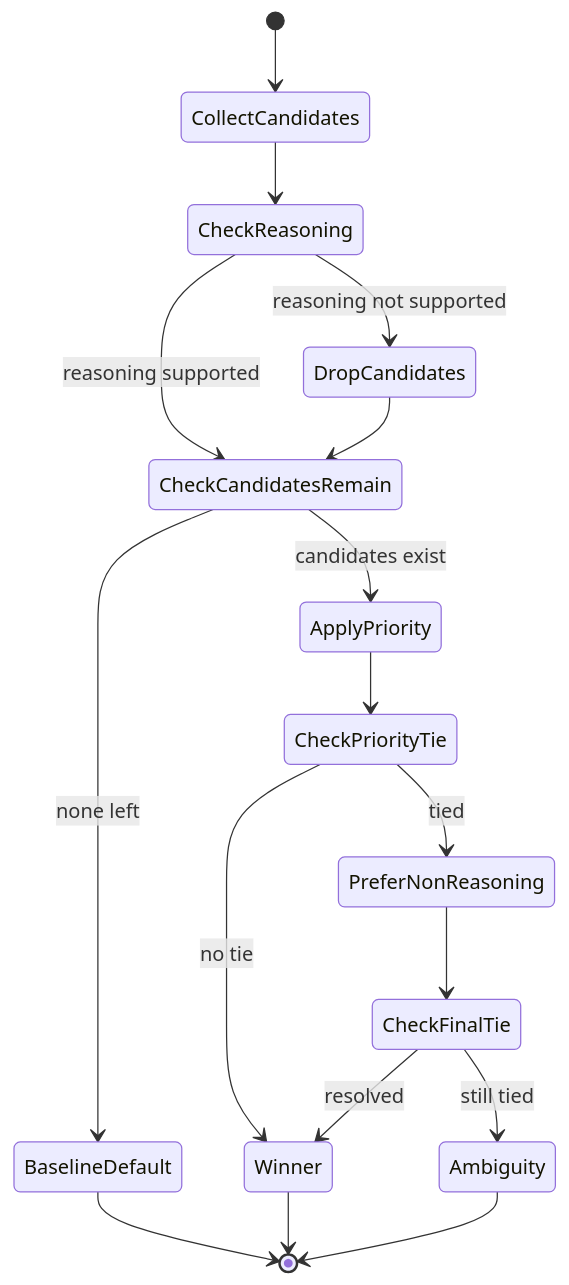
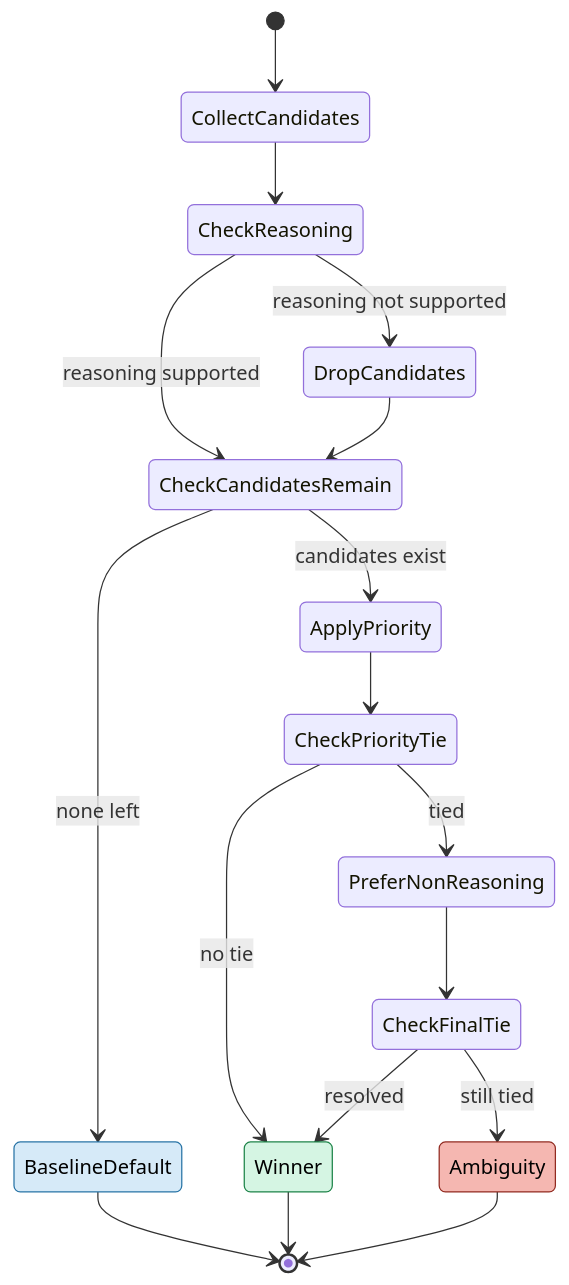
The eighth of 50 diagrams in ontology/persistence/README.md (nebularis/lattice), drawn with Mermaid before and after one commit. The commit also changed other lines of this file and 9 other files, not shown here.

````diff
--- a/ontology/persistence/README.md
+++ b/ontology/persistence/README.md
@@ -761,28 +822,34 @@
 ```mermaid
 stateDiagram-v2
     [*] --> CollectCandidates
     
     CollectCandidates --> CheckReasoning
     
     CheckReasoning --> DropCandidates: reasoning not supported
     CheckReasoning --> CheckCandidatesRemain: reasoning supported
     
     DropCandidates --> CheckCandidatesRemain
     
     CheckCandidatesRemain --> BaselineDefault: none left
     CheckCandidatesRemain --> ApplyPriority: candidates exist
     
     ApplyPriority --> CheckPriorityTie
     
     CheckPriorityTie --> Winner: no tie
     CheckPriorityTie --> PreferNonReasoning: tied
     
     PreferNonReasoning --> CheckFinalTie
     
     CheckFinalTie --> Winner: resolved
     CheckFinalTie --> Ambiguity: still tied
     
     BaselineDefault --> [*]
     Winner --> [*]
     Ambiguity --> [*]
+    classDef tool fill:#d6eaf8,stroke:#2874a6,color:#000
+    classDef data fill:#d5f5e3,stroke:#1e8449,color:#000
+    classDef refused fill:#f5b7b1,stroke:#922b21,color:#000
+    class BaselineDefault tool
+    class Winner data
+    class Ambiguity refused
 ```
````
